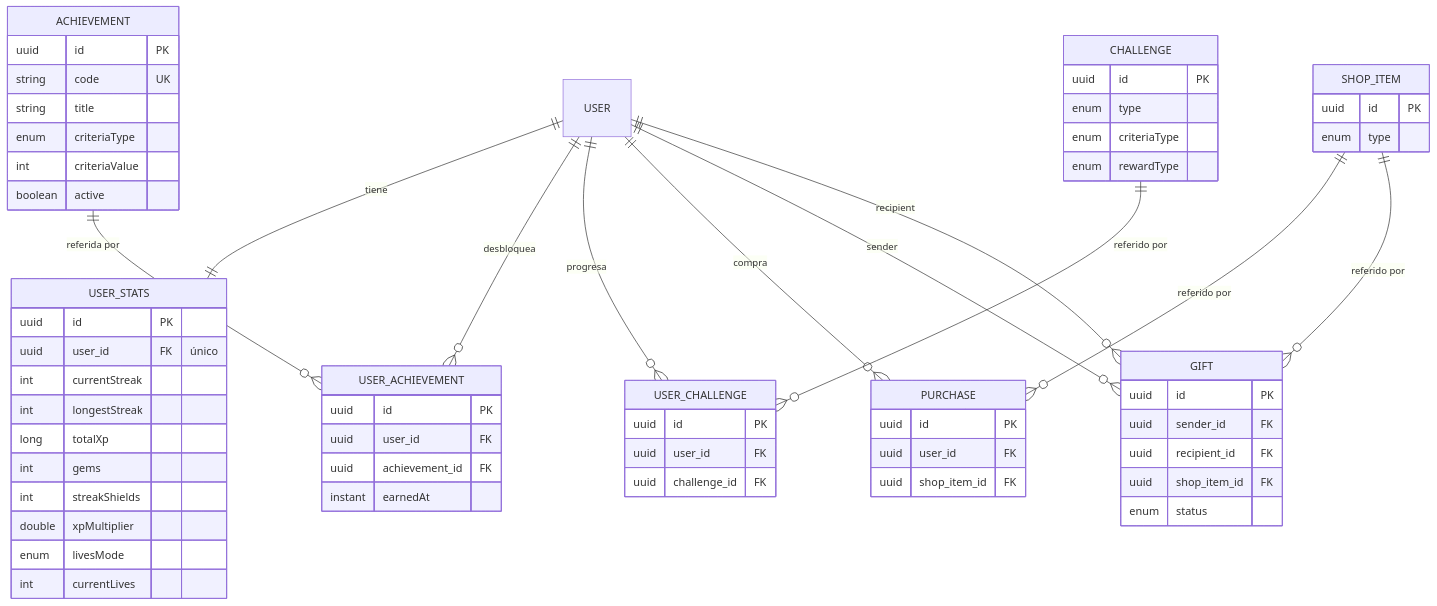
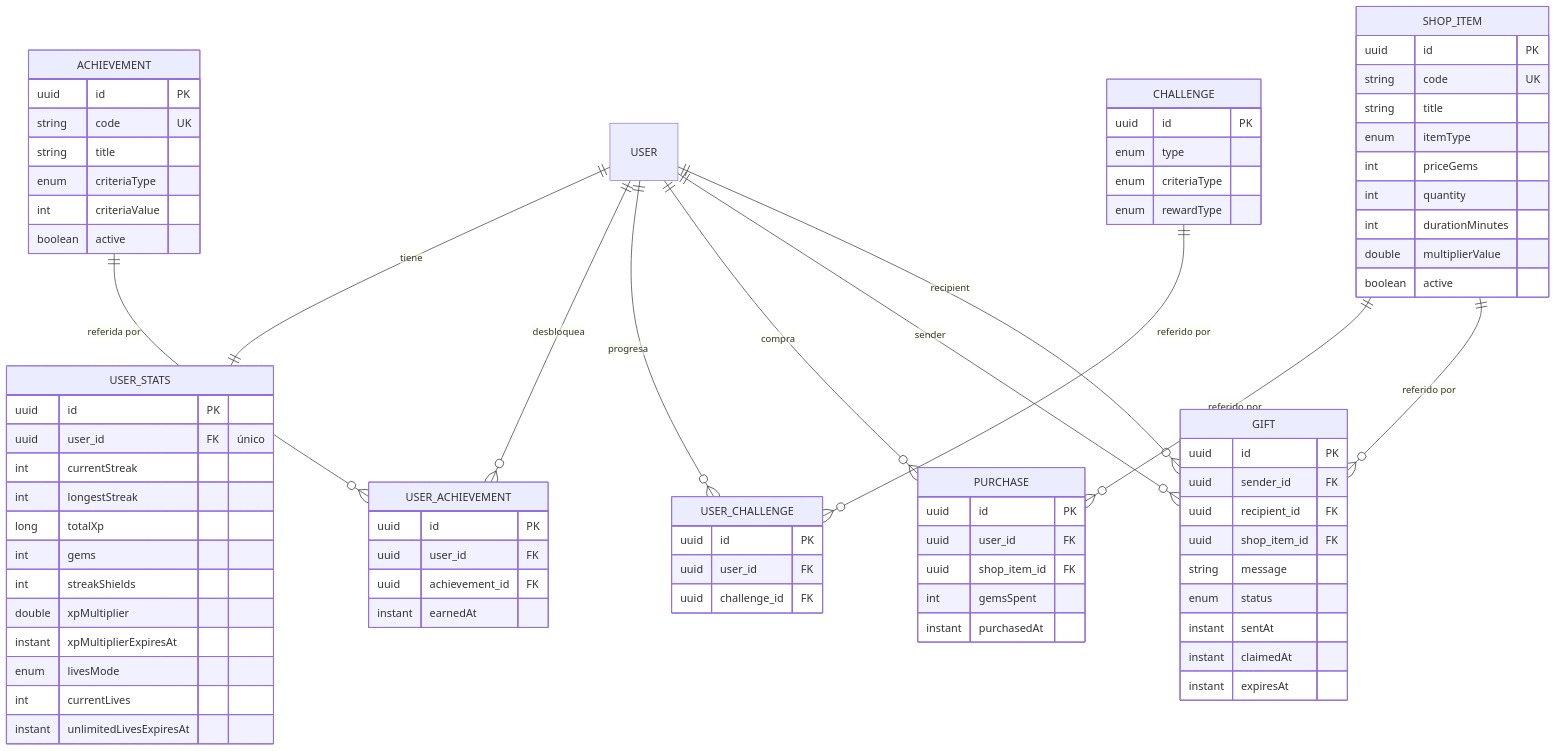
One commit to signasource/signa-api changed the fourth of 5 diagrams in docs/diagrams/er.md. Above: the diagram before and after it, drawn with Mermaid. The commit also changed other lines of this file and 27 other files, not shown here.

````diff
--- a/docs/diagrams/er.md
+++ b/docs/diagrams/er.md
@@ -134,67 +137,82 @@
 ```mermaid
 erDiagram
     USER ||--|| USER_STATS : tiene
     USER ||--o{ USER_ACHIEVEMENT : desbloquea
     USER ||--o{ USER_CHALLENGE : progresa
     USER ||--o{ PURCHASE : compra
     USER ||--o{ GIFT : "sender"
     USER ||--o{ GIFT : "recipient"
     ACHIEVEMENT ||--o{ USER_ACHIEVEMENT : "referida por"
     CHALLENGE ||--o{ USER_CHALLENGE : "referido por"
     SHOP_ITEM ||--o{ PURCHASE : "referido por"
     SHOP_ITEM ||--o{ GIFT : "referido por"
 
     USER_STATS {
         uuid id PK
         uuid user_id FK "único"
         int currentStreak
         int longestStreak
         long totalXp
         int gems
         int streakShields
         double xpMultiplier
+        instant xpMultiplierExpiresAt
         enum livesMode
         int currentLives
+        instant unlimitedLivesExpiresAt
     }
     ACHIEVEMENT {
         uuid id PK
         string code UK
         string title
         enum criteriaType
         int criteriaValue
         boolean active
     }
     USER_ACHIEVEMENT {
         uuid id PK
         uuid user_id FK
         uuid achievement_id FK
         instant earnedAt
     }
     CHALLENGE {
         uuid id PK
         enum type
         enum criteriaType
         enum rewardType
     }
     USER_CHALLENGE {
         uuid id PK
         uuid user_id FK
         uuid challenge_id FK
     }
     SHOP_ITEM {
         uuid id PK
-        enum type
+        string code UK
+        string title
+        enum itemType
+        int priceGems
+        int quantity
+        int durationMinutes
+        double multiplierValue
+        boolean active
     }
     PURCHASE {
         uuid id PK
         uuid user_id FK
         uuid shop_item_id FK
+        int gemsSpent
+        instant purchasedAt
     }
     GIFT {
         uuid id PK
         uuid sender_id FK
         uuid recipient_id FK
         uuid shop_item_id FK
+        string message
         enum status
+        instant sentAt
+        instant claimedAt
+        instant expiresAt
     }
 ```
````
